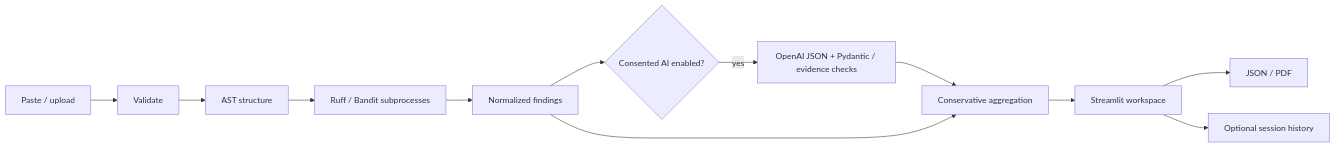
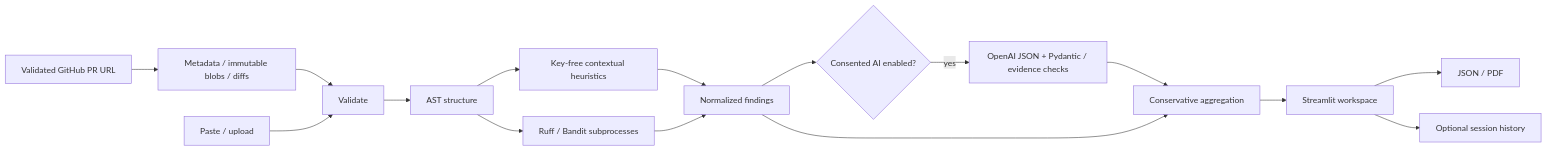
The diagram in README.md (Mahendra-Palsaniya/cynbit-ai-pr-review-copilot), drawn with Mermaid before and after one commit. The commit also changed other lines of this file and 14 other files, not shown here.

````diff
--- a/README.md
+++ b/README.md
@@ -36,14 +36,18 @@
 ```mermaid
 flowchart LR
-    I[Paste / upload] --> V[Validate]
+    PR[Validated GitHub PR URL] --> API[Metadata / immutable blobs / diffs]
+    API --> V[Validate]
+    I[Paste / upload] --> V
     V --> A[AST structure]
+    A --> K[Key-free contextual heuristics]
+    K --> N[Normalized findings]
     A --> S[Ruff / Bandit subprocesses]
     S --> N[Normalized findings]
     N --> L{Consented AI enabled?}
     L -->|yes| P[OpenAI JSON + Pydantic / evidence checks]
     P --> G[Conservative aggregation]
     N --> G
     G --> U[Streamlit workspace]
     U --> X[JSON / PDF]
     U --> H[Optional session history]
 ```
````
